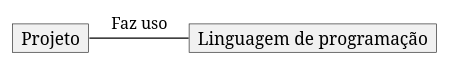
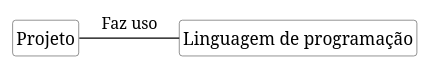
The diagram in imagens/modelos-01/imagem-02/mod01ima02.plantuml (kyriosdata/oo), drawn with PlantUML before and after one commit. The commit also changed 5 other files, not shown here.

```diff
--- a/imagens/modelos-01/imagem-02/mod01ima02.plantuml
+++ b/imagens/modelos-01/imagem-02/mod01ima02.plantuml
@@ -1,16 +1,16 @@
 @startuml mod01ima02
 
 hide circle
 hide methods
 hide empty members
 
 skinparam class {
     BackgroundColor White
     ArrowColor Black
     BorderColor #505050
 }
 
-object "Projeto" as o1
-object "Linguagem de programação" as o2
+class "Projeto" as o1
+class "Linguagem de programação" as o2
 o1 - o2 : Faz uso 
 @enduml
```
